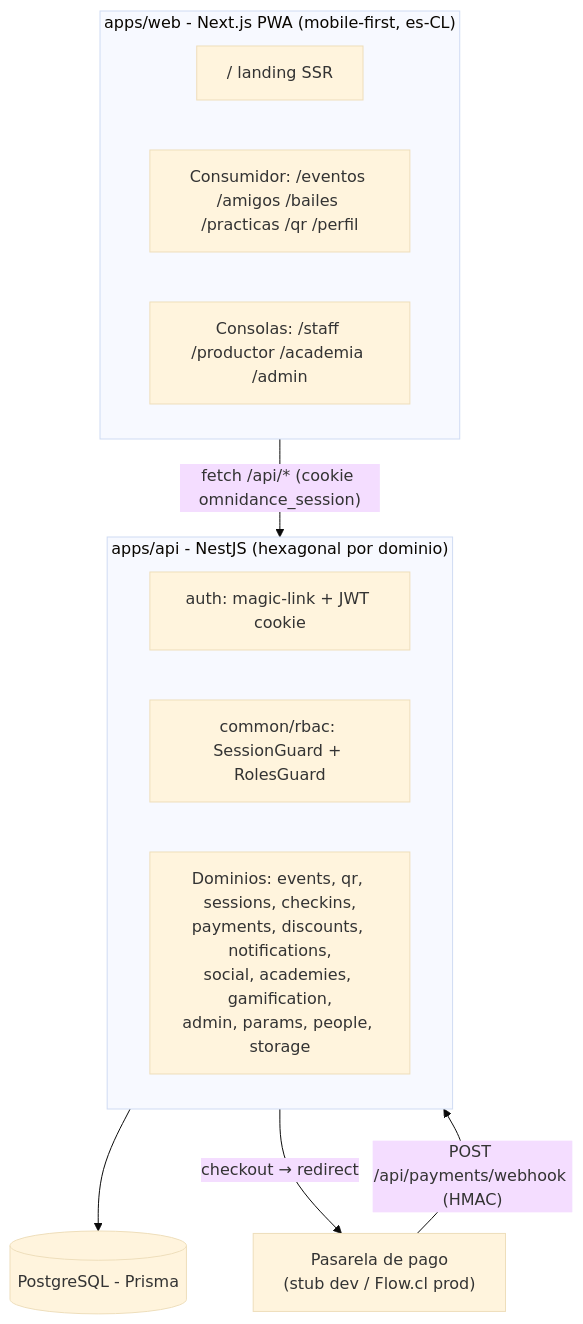
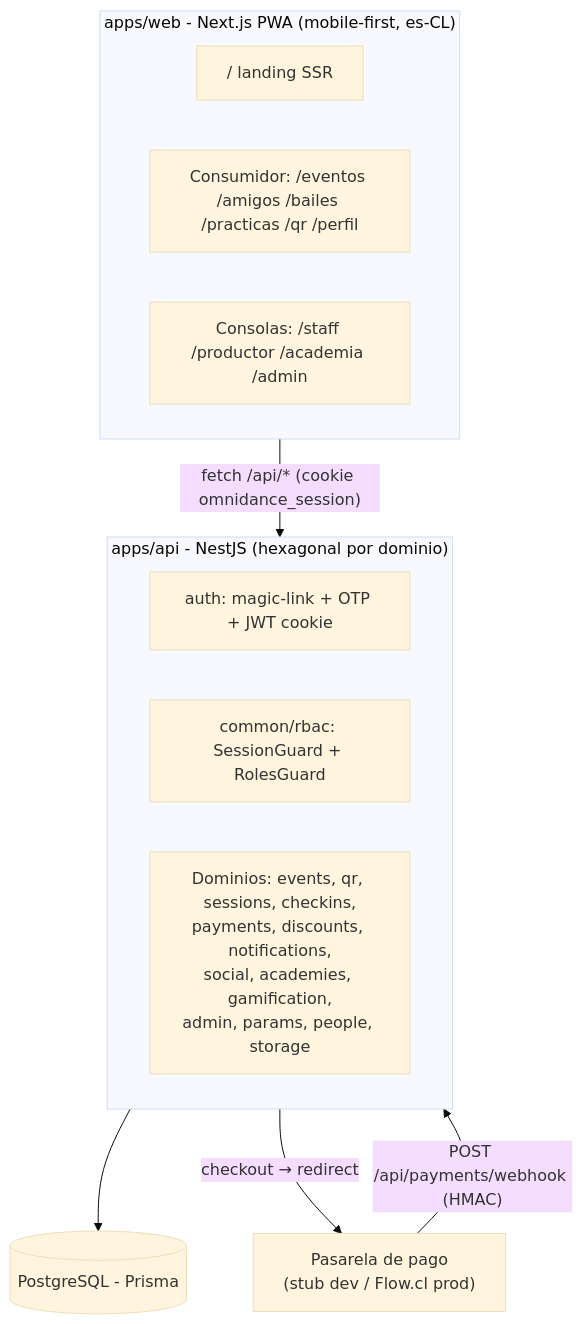
The first of 3 diagrams in docs/architecture.md (EduardoSalasG/omnidance), drawn with Mermaid (base theme) before and after one commit. The commit also changed other lines of this file and 21 other files, not shown here.

Commit message:
feat(auth): codigo OTP de 6 digitos junto al magic link - la PWA instalada verifica dentro de su origen

````diff
--- a/docs/architecture.md
+++ b/docs/architecture.md
@@ -9,22 +9,22 @@
 ```mermaid
 graph TB
     subgraph Client["apps/web - Next.js PWA (mobile-first, es-CL)"]
         Landing["/ landing SSR"]
         Consumer["Consumidor: /eventos /amigos /bailes /practicas /qr /perfil"]
         Ops["Consolas: /staff /productor /academia /admin"]
     end
 
     subgraph API["apps/api - NestJS (hexagonal por dominio)"]
-        Auth["auth: magic-link + JWT cookie"]
+        Auth["auth: magic-link + OTP + JWT cookie"]
         RBAC["common/rbac: SessionGuard + RolesGuard"]
         Domains["Dominios: events, qr, sessions, checkins,<br/>payments, discounts, notifications,<br/>social, academies, gamification,<br/>admin, params, people, storage"]
     end
 
     DB[(PostgreSQL - Prisma)]
     Ext["Pasarela de pago<br/>(stub dev / Flow.cl prod)"]
 
     Client -->|"fetch /api/* (cookie omnidance_session)"| API
     API --> DB
     API -->|"checkout → redirect"| Ext
     Ext -->|"POST /api/payments/webhook (HMAC)"| API
 ```
````
